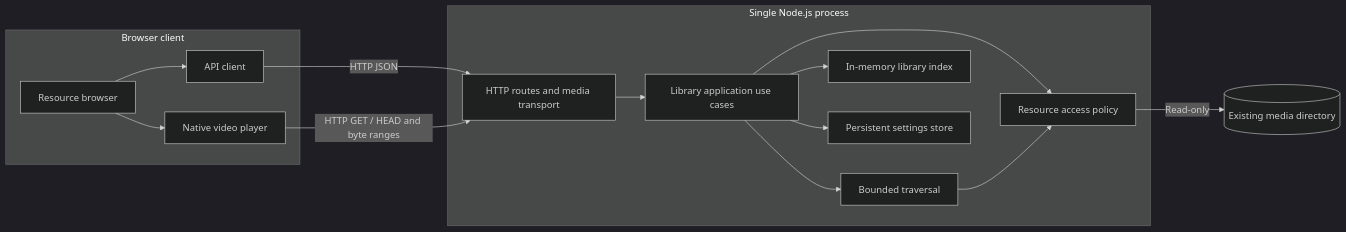
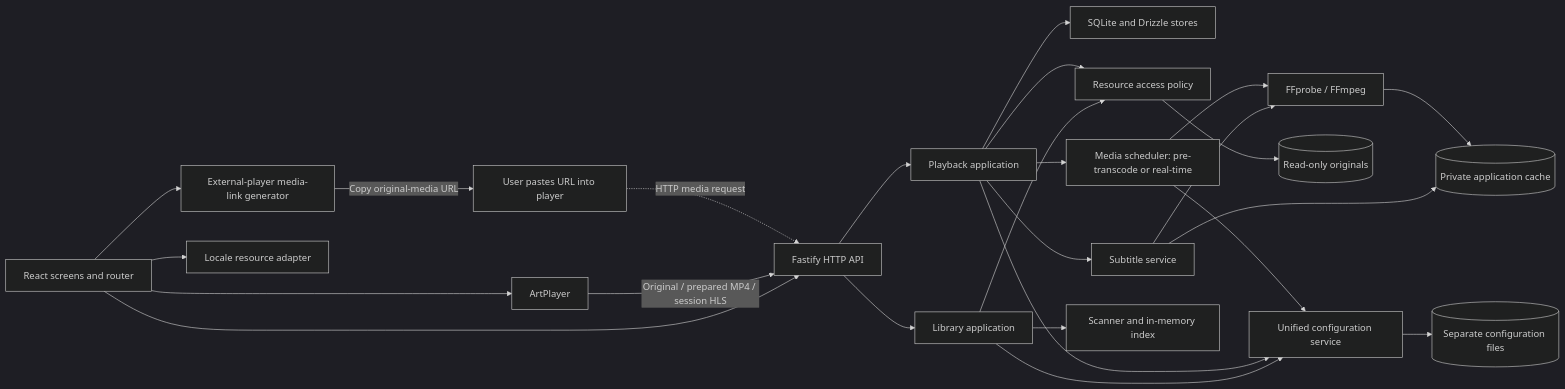
Before and after one commit to qw0er/Anishelf: the diagram in docs/current-version-design.md, drawn with Mermaid (dark theme). The commit also changed other lines of this file and 10 other files, not shown here.

````diff
--- a/docs/current-version-design.md
+++ b/docs/current-version-design.md
@@ -19,27 +38,27 @@
 ```mermaid
 flowchart LR
-    subgraph Browser[Browser client]
-        Browse[Resource browser]
-        Player[Native video player]
-        Client[API client]
-        Browse --> Client
-        Browse --> Player
-    end
-    subgraph Server[Single Node.js process]
-        HTTP[HTTP routes and media transport]
-        App[Library application use cases]
-        Scan[Bounded traversal]
-        Index[In-memory library index]
-        Access[Resource access policy]
-        Settings[Persistent settings store]
-        HTTP --> App
-        App --> Scan
-        App --> Index
-        App --> Access
-        App --> Settings
-        Scan --> Access
-    end
-    Client -->|HTTP JSON| HTTP
-    Player -->|HTTP GET / HEAD and byte ranges| HTTP
-    Access -->|Read-only| Files[(Existing media directory)]
+    UI[React screens and router] --> API[Fastify HTTP API]
+    UI --> Player[ArtPlayer]
+    Player -->|Original / prepared MP4 / session HLS| API
+    API --> Library[Library application]
+    API --> Playback[Playback application]
+    Playback --> Records[SQLite and Drizzle stores]
+    Playback --> Subtitles[Subtitle service]
+    Subtitles --> FF
+    Subtitles --> Cache
+    Playback --> Worker[Media scheduler: pre-transcode or real-time]
+    Worker --> FF[FFprobe / FFmpeg]
+    Library --> Access[Resource access policy]
+    Playback --> Access
+    Access --> Originals[(Read-only originals)]
+    FF --> Cache[(Private application cache)]
+    UI --> Link[External-player media-link generator]
+    Link -->|Copy original-media URL| Clipboard[User pastes URL into player]
+    Clipboard -.->|HTTP media request| API
+    Library --> Config[Unified configuration service]
+    Playback --> Config
+    Worker --> Config
+    Config --> Files[(Separate configuration files)]
+    UI --> Locale[Locale resource adapter]
+    Library --> Scanner[Scanner and in-memory index]
 ```
````
